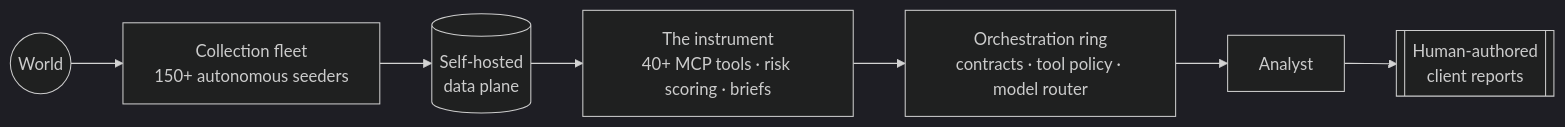
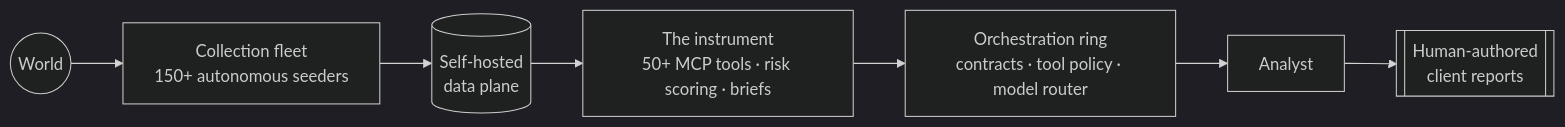
The diagram in README.md (clduab11/the-synactic), drawn with Mermaid (dark theme) before and after one commit. The commit also changed other lines of this file and 1 other file, not shown here.

Commit message:
docs: README 40+ -> 50+ tools; SELF_HOSTING documents the two loop services
The MCP surface crossed 50 tools today (51: Tier 1 of the expansion plan
complete), so the README's "40+" undersold it in both the prose and the
flow diagram.

SELF_HOSTING gains the two automation facts an operator needs: the
seed-loop service keeps the six short-TTL bootstrap keys (2-3h TTLs)
fresh on a 45-min cadence so they no longer lapse between manual seeder
runs, and the cii-warmer-loop service makes the CII warm recurring —
the one-shot warmer's cure lapses silently after the stale key's 1-hour
TTL, which the warming section previously did not say. The host-cron
guidance stays for the long-TTL majority.

````diff
--- a/README.md
+++ b/README.md
@@ -70,9 +70,9 @@
 ```mermaid
 flowchart LR
   W((World)) --> C[Collection fleet<br/>150+ autonomous seeders]
   C --> D[(Self-hosted<br/>data plane)]
-  D --> I[The instrument<br/>40+ MCP tools · risk scoring · briefs]
+  D --> I[The instrument<br/>50+ MCP tools · risk scoring · briefs]
   I --> O[Orchestration ring<br/>contracts · tool policy · model router]
   O --> A[Analyst]
   A --> R[[Human-authored<br/>client reports]]
 ```
````
